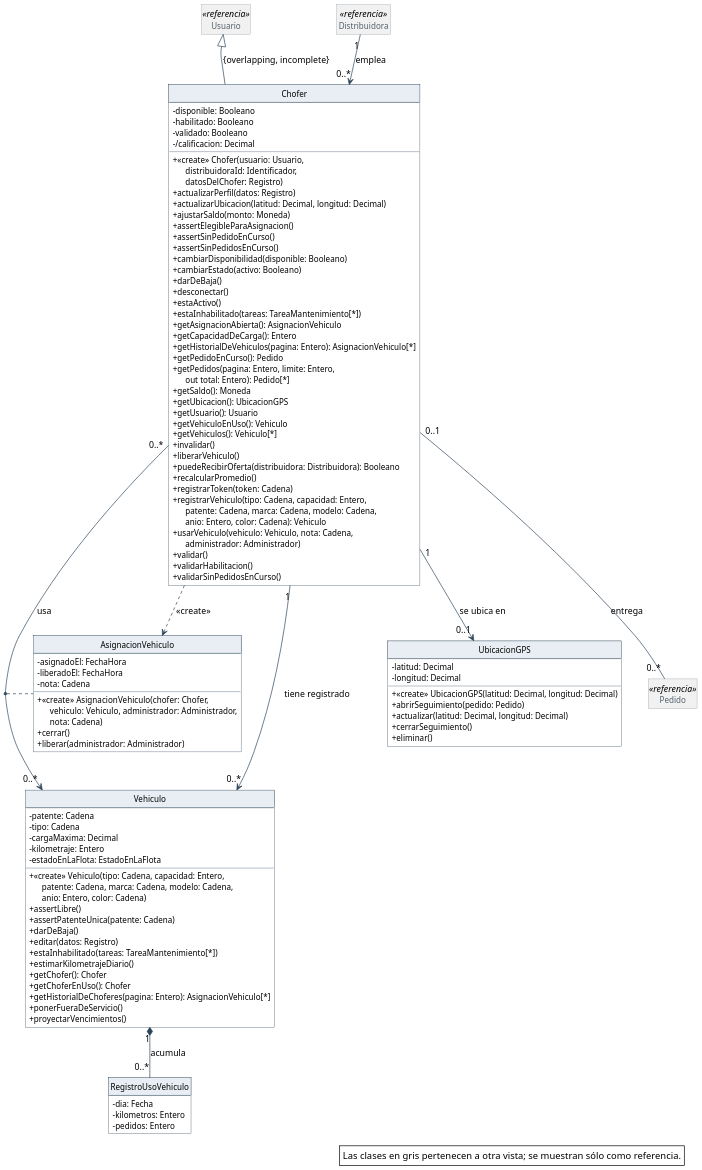
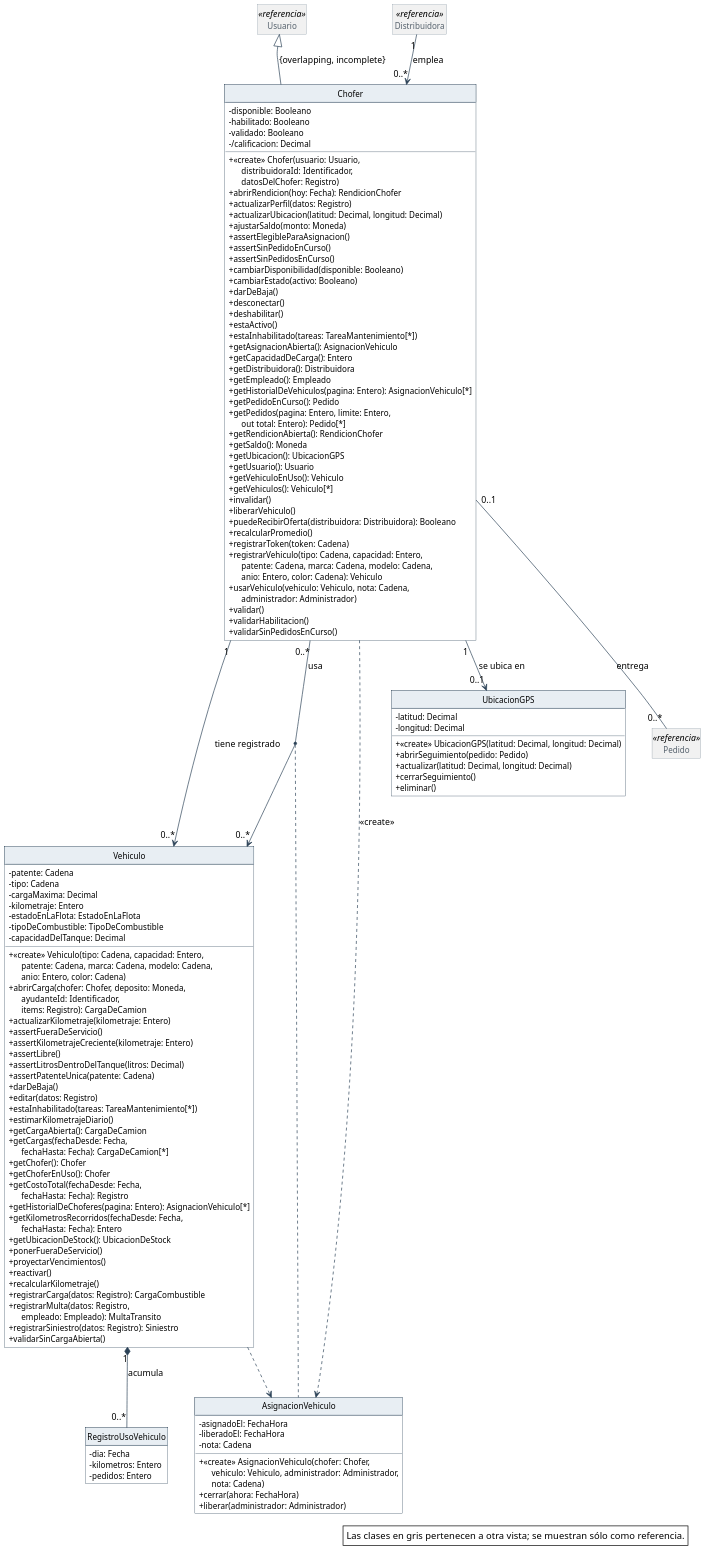
The diagram in diagramas/clases-diseno/DC_Choferes-y-vehiculos.puml (Nahuelito-Dev/splg-docs), drawn with PlantUML before and after one commit. The commit also changed 1067 other files, not shown here.

```diff
--- a/diagramas/clases-diseno/DC_Choferes-y-vehiculos.puml
+++ b/diagramas/clases-diseno/DC_Choferes-y-vehiculos.puml
@@ -1,157 +1,181 @@
 @startuml
 skinparam backgroundColor #FFFFFF
 skinparam shadowing false
 skinparam defaultFontName Helvetica
 skinparam defaultFontSize 13
 skinparam dpi 150
 skinparam nodesep 40
 skinparam ranksep 55
 skinparam classAttributeIconSize 0
 skinparam roundCorner 0
 skinparam genericDisplay old
 skinparam class {
   BorderColor #2C4257
   BackgroundColor #FFFFFF
   ArrowColor #2C4257
   FontSize 14
   AttributeFontSize 12
   HeaderBackgroundColor #E8EEF3
 }
 skinparam class<<referencia>> {
   BackgroundColor #F1F1F1
   BorderColor #8A97A3
   FontColor #55616C
 }
 skinparam class<<fachada>> {
   HeaderBackgroundColor #D6E4F0
 }
 skinparam class<<controlador>> {
   HeaderBackgroundColor #D6E4F0
 }
 skinparam class<<fabricación pura>> {
   HeaderBackgroundColor #F3E9CF
 }
 skinparam class<<colección>> {
   HeaderBackgroundColor #E6E6E6
 }
 skinparam class<<adaptador>> {
   HeaderBackgroundColor #DCEBDD
 }
 skinparam interface {
   BorderColor #2C4257
   BackgroundColor #FFFFFF
   HeaderBackgroundColor #DCEBDD
   FontSize 14
   AttributeFontSize 12
 }
 skinparam note {
   BackgroundColor #FFFFFF
   BorderColor #2C4257
 }
 skinparam packageStyle rectangle
 skinparam package {
   BorderColor #8A97A3
   FontSize 13
   FontColor #55616C
 }
 hide circle
 hide empty members
 
 class Chofer {
   - disponible: Booleano
   - habilitado: Booleano
   - validado: Booleano
   - /calificacion: Decimal
   + «create» Chofer(usuario: Usuario,\n      distribuidoraId: Identificador,\n      datosDelChofer: Registro)
+  + abrirRendicion(hoy: Fecha): RendicionChofer
   + actualizarPerfil(datos: Registro)
   + actualizarUbicacion(latitud: Decimal, longitud: Decimal)
   + ajustarSaldo(monto: Moneda)
   + assertElegibleParaAsignacion()
   + assertSinPedidoEnCurso()
   + assertSinPedidosEnCurso()
   + cambiarDisponibilidad(disponible: Booleano)
   + cambiarEstado(activo: Booleano)
   + darDeBaja()
   + desconectar()
+  + deshabilitar()
   + estaActivo()
   + estaInhabilitado(tareas: TareaMantenimiento[*])
   + getAsignacionAbierta(): AsignacionVehiculo
   + getCapacidadDeCarga(): Entero
+  + getDistribuidora(): Distribuidora
+  + getEmpleado(): Empleado
   + getHistorialDeVehiculos(pagina: Entero): AsignacionVehiculo[*]
   + getPedidoEnCurso(): Pedido
   + getPedidos(pagina: Entero, limite: Entero,\n      out total: Entero): Pedido[*]
+  + getRendicionAbierta(): RendicionChofer
   + getSaldo(): Moneda
   + getUbicacion(): UbicacionGPS
   + getUsuario(): Usuario
   + getVehiculoEnUso(): Vehiculo
   + getVehiculos(): Vehiculo[*]
   + invalidar()
   + liberarVehiculo()
   + puedeRecibirOferta(distribuidora: Distribuidora): Booleano
   + recalcularPromedio()
   + registrarToken(token: Cadena)
   + registrarVehiculo(tipo: Cadena, capacidad: Entero,\n      patente: Cadena, marca: Cadena, modelo: Cadena,\n      anio: Entero, color: Cadena): Vehiculo
   + usarVehiculo(vehiculo: Vehiculo, nota: Cadena,\n      administrador: Administrador)
   + validar()
   + validarHabilitacion()
   + validarSinPedidosEnCurso()
 }
 class Vehiculo {
   - patente: Cadena
   - tipo: Cadena
   - cargaMaxima: Decimal
   - kilometraje: Entero
   - estadoEnLaFlota: EstadoEnLaFlota
+  - tipoDeCombustible: TipoDeCombustible
+  - capacidadDelTanque: Decimal
   + «create» Vehiculo(tipo: Cadena, capacidad: Entero,\n      patente: Cadena, marca: Cadena, modelo: Cadena,\n      anio: Entero, color: Cadena)
+  + abrirCarga(chofer: Chofer, deposito: Moneda,\n      ayudanteId: Identificador,\n      items: Registro): CargaDeCamion
+  + actualizarKilometraje(kilometraje: Entero)
+  + assertFueraDeServicio()
+  + assertKilometrajeCreciente(kilometraje: Entero)
   + assertLibre()
+  + assertLitrosDentroDelTanque(litros: Decimal)
   + assertPatenteUnica(patente: Cadena)
   + darDeBaja()
   + editar(datos: Registro)
   + estaInhabilitado(tareas: TareaMantenimiento[*])
   + estimarKilometrajeDiario()
+  + getCargaAbierta(): CargaDeCamion
+  + getCargas(fechaDesde: Fecha,\n      fechaHasta: Fecha): CargaDeCamion[*]
   + getChofer(): Chofer
   + getChoferEnUso(): Chofer
+  + getCostoTotal(fechaDesde: Fecha,\n      fechaHasta: Fecha): Registro
   + getHistorialDeChoferes(pagina: Entero): AsignacionVehiculo[*]
+  + getKilometrosRecorridos(fechaDesde: Fecha,\n      fechaHasta: Fecha): Entero
+  + getUbicacionDeStock(): UbicacionDeStock
   + ponerFueraDeServicio()
   + proyectarVencimientos()
+  + reactivar()
+  + recalcularKilometraje()
+  + registrarCarga(datos: Registro): CargaCombustible
+  + registrarMulta(datos: Registro,\n      empleado: Empleado): MultaTransito
+  + registrarSiniestro(datos: Registro): Siniestro
+  + validarSinCargaAbierta()
 }
 class AsignacionVehiculo {
   - asignadoEl: FechaHora
   - liberadoEl: FechaHora
   - nota: Cadena
   + «create» AsignacionVehiculo(chofer: Chofer,\n      vehiculo: Vehiculo, administrador: Administrador,\n      nota: Cadena)
-  + cerrar()
+  + cerrar(ahora: FechaHora)
   + liberar(administrador: Administrador)
 }
 class UbicacionGPS {
   - latitud: Decimal
   - longitud: Decimal
   + «create» UbicacionGPS(latitud: Decimal, longitud: Decimal)
   + abrirSeguimiento(pedido: Pedido)
   + actualizar(latitud: Decimal, longitud: Decimal)
   + cerrarSeguimiento()
   + eliminar()
 }
 class RegistroUsoVehiculo {
   - dia: Fecha
   - kilometros: Entero
   - pedidos: Entero
 }
 class Usuario <<referencia>>
 class Distribuidora <<referencia>>
 class Pedido <<referencia>>
 
 Usuario <|-- Chofer : {overlapping, incomplete}
 Distribuidora "1" --> "0..*" Chofer : emplea
 Chofer "0..1" -- "0..*" Pedido : entrega
 Chofer "1" --> "0..*" Vehiculo : tiene registrado
 Chofer "0..*" --> "0..*" Vehiculo : usa
 Chofer "1" --> "0..1" UbicacionGPS : se ubica en
 Vehiculo "1" *-- "0..*" RegistroUsoVehiculo : acumula
 Chofer ..> AsignacionVehiculo : <<create>>
+Vehiculo ..> AsignacionVehiculo
 (Chofer, Vehiculo) .. AsignacionVehiculo
 
 legend bottom right
   Las clases en gris pertenecen a otra vista; se muestran sólo como referencia.
 endlegend
 @enduml
```
